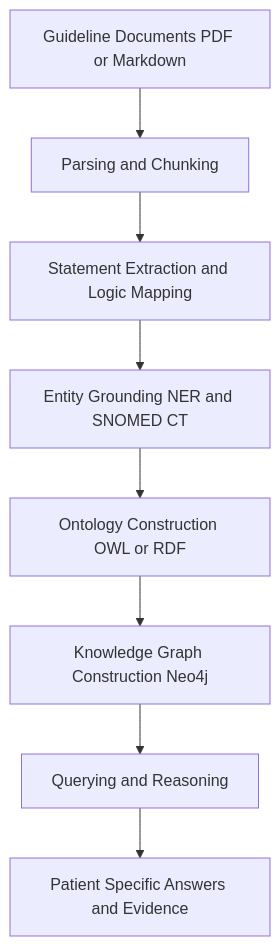
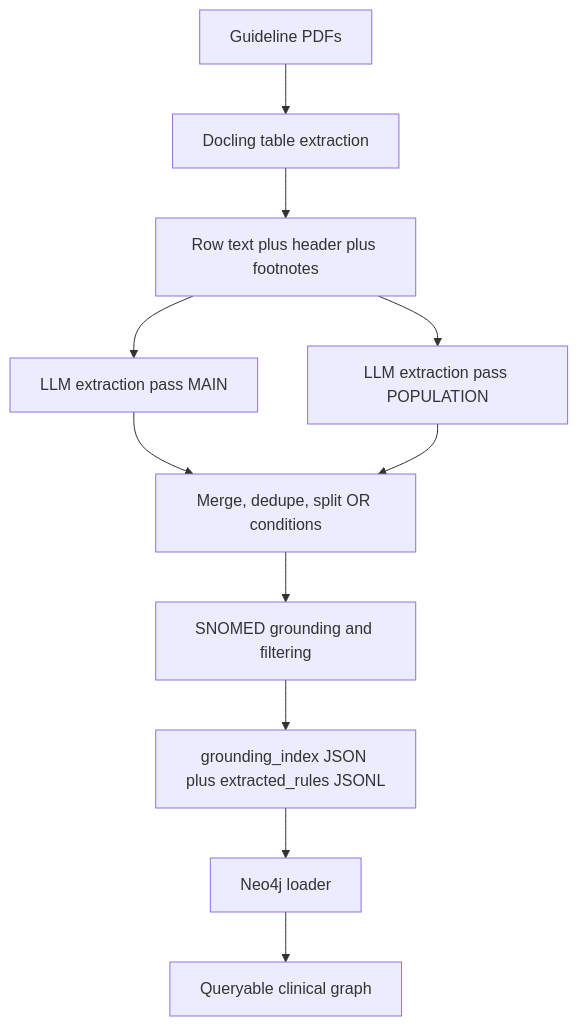
One commit to dieterich-lab/CardioGuidelinesGraph changed the first of 3 diagrams in README.md. Above: the diagram before and after it, drawn with Mermaid. The commit also changed other lines of this file and 78 other files, not shown here.

````diff
--- a/README.md
+++ b/README.md
@@ -33,10 +33,13 @@
 ```mermaid
 flowchart TD
-  A[Guideline Documents PDF or Markdown] --> B[Parsing and Chunking]
-  B --> C[Statement Extraction and Logic Mapping]
-  C --> D[Entity Grounding NER and SNOMED CT]
-  D --> E[Ontology Construction OWL or RDF]
-  E --> F[Knowledge Graph Construction Neo4j]
-  F --> G[Querying and Reasoning]
-  G --> H[Patient Specific Answers and Evidence]
+  A[Guideline PDFs] --> B[Docling table extraction]
+  B --> C[Row text plus header plus footnotes]
+  C --> D[LLM extraction pass MAIN]
+  C --> E[LLM extraction pass POPULATION]
+  D --> F[Merge, dedupe, split OR conditions]
+  E --> F
+  F --> G[SNOMED grounding and filtering]
+  G --> H[grounding_index JSON plus extracted_rules JSONL]
+  H --> I[Neo4j loader]
+  I --> J[Queryable clinical graph]
 ```
````
